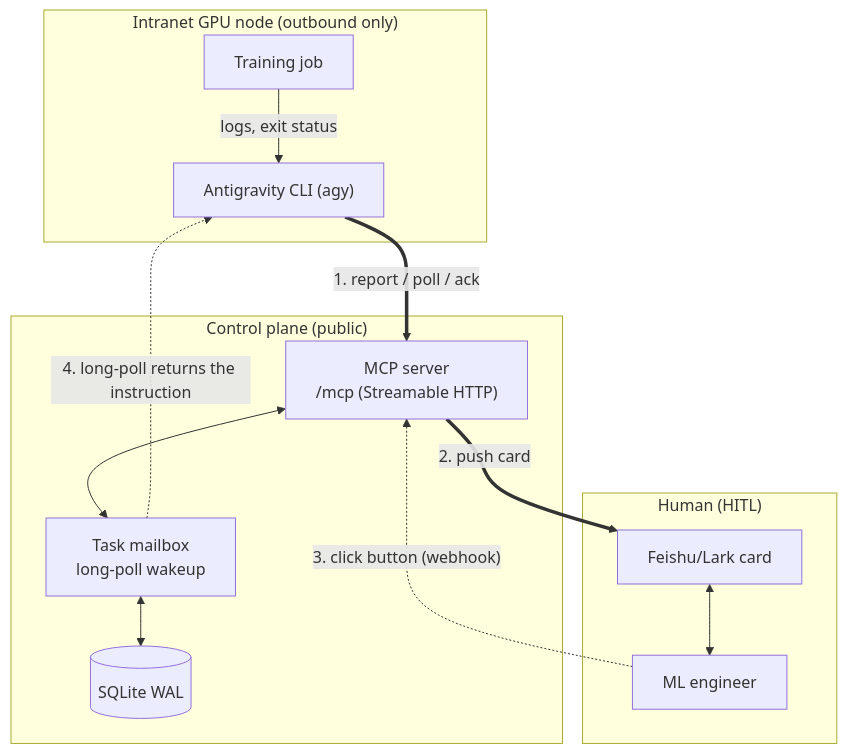
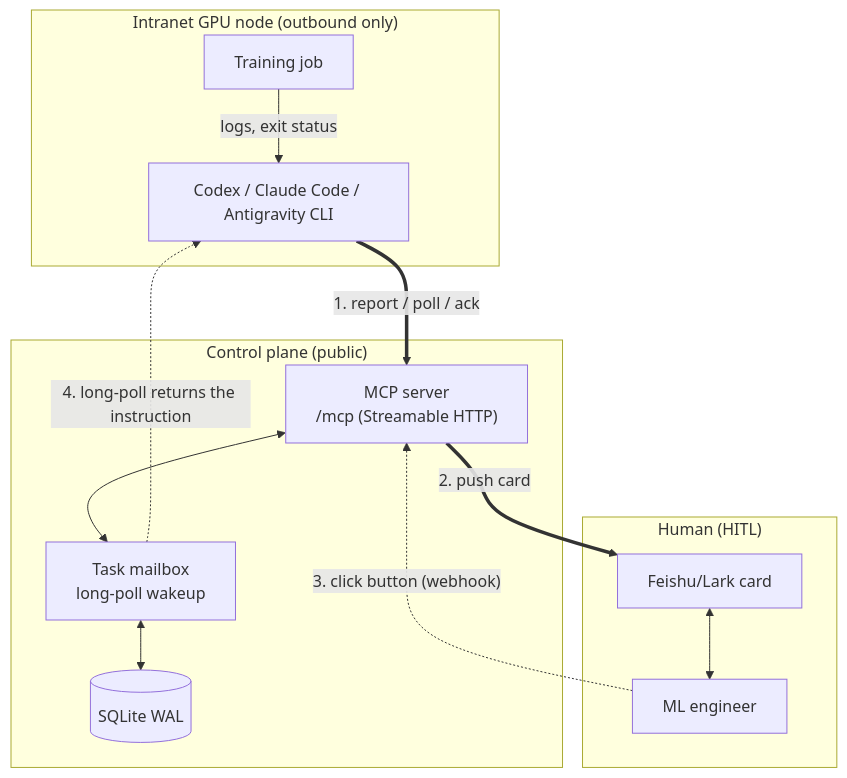
The first of 2 diagrams in README.md (Long-Holiday/TrainPilot), drawn with Mermaid before and after one commit. The commit also changed other lines of this file and 33 other files, not shown here.

First line of the commit message:
feat(plugin): support native Codex and Claude Code installs

````diff
--- a/README.md
+++ b/README.md
@@ -27,27 +27,27 @@
 ```mermaid
 flowchart TB
     subgraph GPU["Intranet GPU node (outbound only)"]
         Job["Training job"]
-        Agent["Antigravity CLI (agy)"]
+        Agent["Codex / Claude Code / Antigravity CLI"]
         Job -->|logs, exit status| Agent
     end
 
     subgraph Plane["Control plane (public)"]
         MCP["MCP server<br/>/mcp (Streamable HTTP)"]
         Mailbox["Task mailbox<br/>long-poll wakeup"]
         DB[("SQLite WAL")]
         MCP <--> Mailbox
         Mailbox <--> DB
     end
 
     subgraph Human["Human (HITL)"]
         Card["Feishu/Lark card"]
         Engineer["ML engineer"]
         Card <--> Engineer
     end
 
     Agent ==>|"1. report / poll / ack"| MCP
     MCP ==>|"2. push card"| Card
     Engineer -.->|"3. click button (webhook)"| MCP
     Mailbox -.->|"4. long-poll returns the instruction"| Agent
 ```
````
